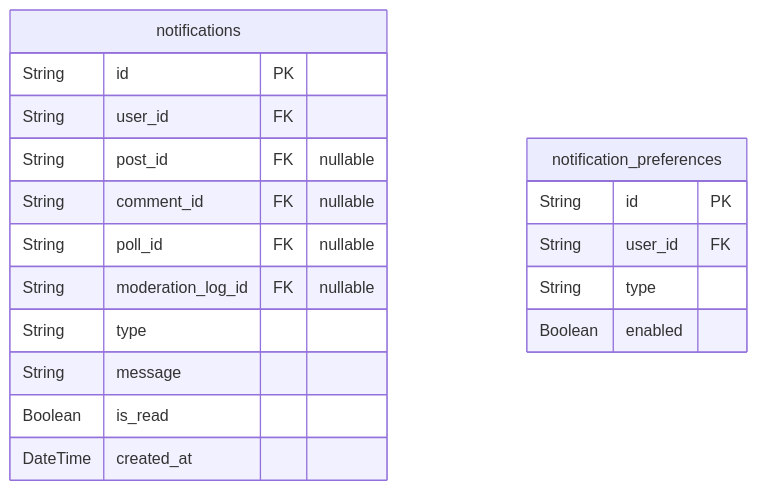
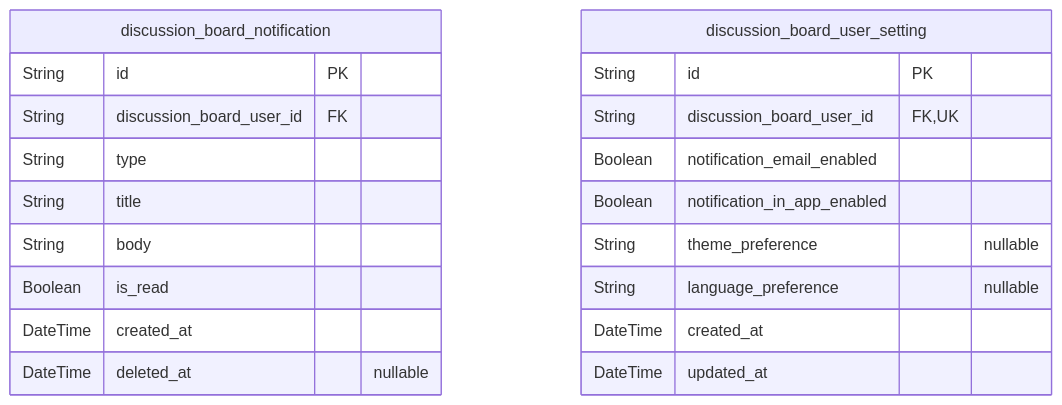
The fifth of 6 diagrams in docs/ERD.md (wrtnlabs/autobe-example-bbs-openai-gpt-4.1), drawn with Mermaid before and after one commit. The commit also changed other lines of this file and 533 other files, not shown here.

````diff
--- a/docs/ERD.md
+++ b/docs/ERD.md
@@ -644,21 +633,23 @@
 ```mermaid
 erDiagram
-"notifications" {
+"discussion_board_notification" {
   String id PK
-  String user_id FK
-  String post_id FK "nullable"
-  String comment_id FK "nullable"
-  String poll_id FK "nullable"
-  String moderation_log_id FK "nullable"
+  String discussion_board_user_id FK
   String type
-  String message
+  String title
+  String body
   Boolean is_read
   DateTime created_at
+  DateTime deleted_at "nullable"
 }
-"notification_preferences" {
+"discussion_board_user_setting" {
   String id PK
-  String user_id FK
-  String type
-  Boolean enabled
+  String discussion_board_user_id FK,UK
+  Boolean notification_email_enabled
+  Boolean notification_in_app_enabled
+  String theme_preference "nullable"
+  String language_preference "nullable"
+  DateTime created_at
+  DateTime updated_at
 }
 ```
````
